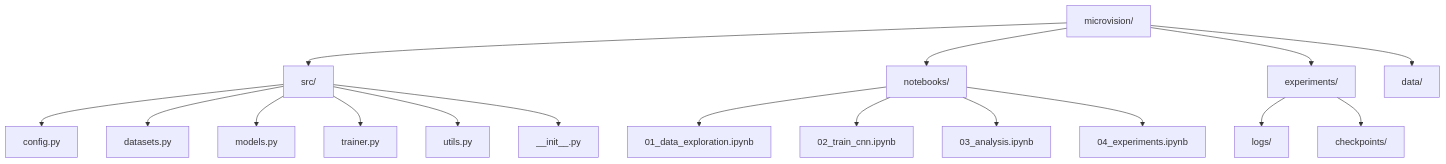
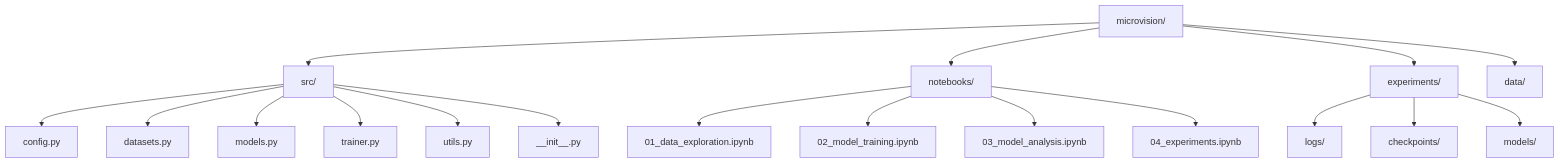
Diagram 12 of 16 in ARCHITECTURE.md (ruskaruma/microvision), drawn with Mermaid before and after one commit. The commit also changed other lines of this file and 2 other files, not shown here.

````diff
--- a/ARCHITECTURE.md
+++ b/ARCHITECTURE.md
@@ -248,22 +251,23 @@
 ```mermaid
 graph TD
     A[microvision/] --> B[src/]
     A --> C[notebooks/]
     A --> D[experiments/]
     A --> E[data/]
     
     B --> F[config.py]
     B --> G[datasets.py]
     B --> H[models.py]
     B --> I[trainer.py]
     B --> J[utils.py]
     B --> K[__init__.py]
     
     C --> L[01_data_exploration.ipynb]
-    C --> M[02_train_cnn.ipynb]
-    C --> N[03_analysis.ipynb]
+    C --> M[02_model_training.ipynb]
+    C --> N[03_model_analysis.ipynb]
     C --> O[04_experiments.ipynb]
     
     D --> P[logs/]
     D --> Q[checkpoints/]
+    D --> R[models/]
 ```
````
